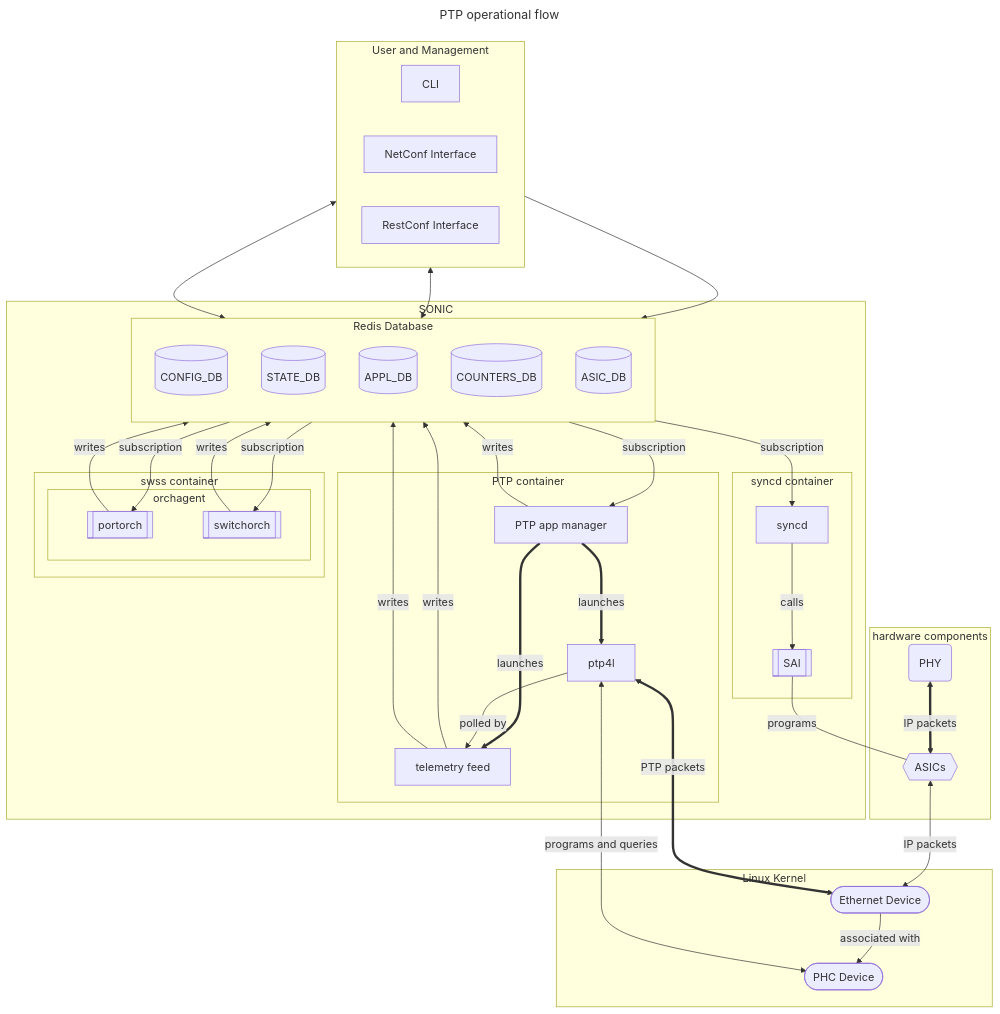
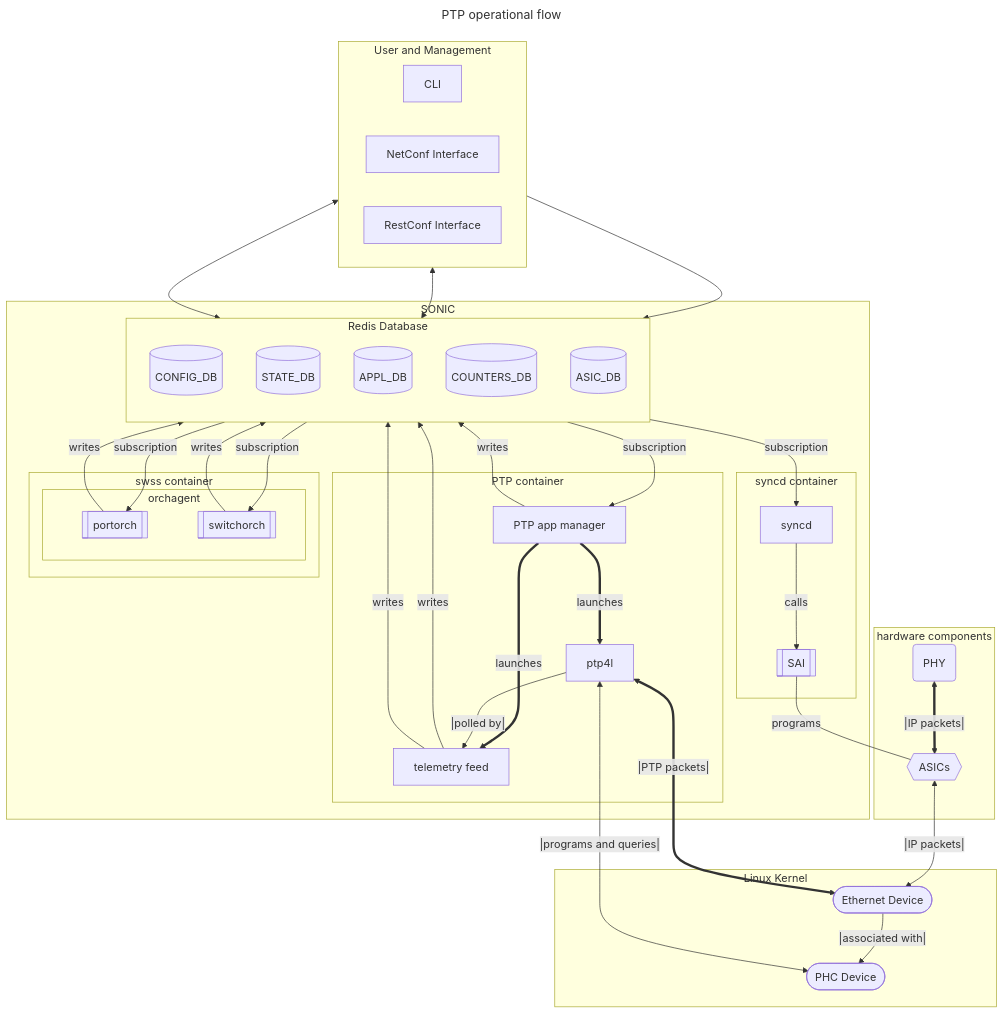
Before and after one commit to mgeng-nokia/SONiC: the diagram in doc/ptp/ptp-hld.md, drawn with Mermaid.

Commit message:
mermaid trial and error 4

````diff
--- a/doc/ptp/ptp-hld.md
+++ b/doc/ptp/ptp-hld.md
@@ -97,75 +97,75 @@
 ```mermaid
 ---
 title: PTP operational flow
 ---
   flowchart TB
     subgraph input [User and Management]
       cli[CLI]
       netconf[NetConf Interface]
       restconf[RestConf Interface]
     end
 
     subgraph SONIC
       subgraph redis [Redis Database]
         direction TB
         config_db[(CONFIG_DB)]
         state_db[(STATE_DB)]
         appl_db[(APPL_DB)]
         counter_db[(COUNTERS_DB)]
         asic_db[(ASIC_DB)]
       end
 
       subgraph ptp [PTP container]
         appcfg[PTP app manager]
         ptp4l[ptp4l]
         telemetry_[telemetry feed]
 
         appcfg== launches ==>ptp4l
         appcfg== launches ==>telemetry_
-        ptp4l-- polled by -->telemetry_
+        ptp4l-- |polled by| -->telemetry_
       end
 
       subgraph syncd container
         syncd[syncd]
         sai[[SAI]]
 
         syncd-- calls -->sai
       end
 
       subgraph swss_service [swss container]
         subgraph orchagent
           portorch[[portorch]]
           switchorch[[switchorch]]
         end
       end
     end
 
     subgraph kernel [Linux Kernel]
       eth_dev([Ethernet Device])
       phc_dev([PHC Device])
-      eth_dev-- associated with -->phc_dev
+      eth_dev-- |associated with| -->phc_dev
     end
 
     subgraph hardware [hardware components]
       phy(PHY)
       asic_dev{{ASICs}}
-      phy<== IP packets ==>asic_dev
+      phy<== |IP packets| ==>asic_dev
     end
 
     config_db-- subscription -->appcfg
     appcfg-- writes -->appl_db
     appl_db-- subscription -->portorch
     appl_db-- subscription -->switchorch
     portorch-- writes -->asic_db
     switchorch-- writes -->asic_db
     asic_db-- subscription -->syncd
     sai-- programs ---asic_dev
-    asic_dev<-- IP packets -->eth_dev
+    asic_dev<-- |IP packets| -->eth_dev
     input-->config_db
     input<-->state_db
     input<-->counter_db
     telemetry_-- writes -->state_db
     telemetry_-- writes -->counter_db
-    ptp4l<== PTP packets ==>eth_dev
-    ptp4l<-- programs and queries -->phc_dev
+    ptp4l<== |PTP packets| ==>eth_dev
+    ptp4l<-- |programs and queries| -->phc_dev
 ```
````
